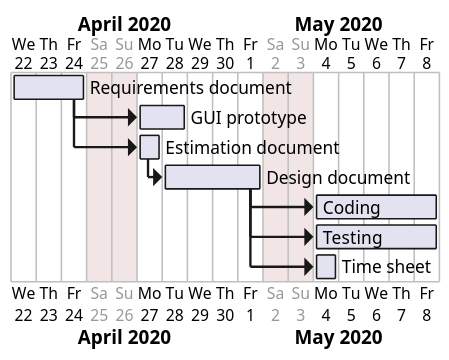
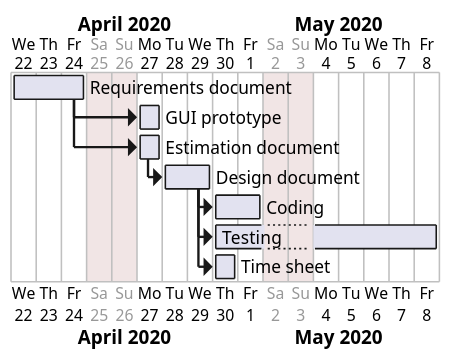
The diagram in docs/Estimation.md (SE2-group4/SE1-project), drawn with PlantUML before and after one commit. The commit also changed other lines of this file, not shown here.

````diff
--- a/docs/Estimation.md
+++ b/docs/Estimation.md
@@ -51,28 +51,27 @@
 ```plantuml
 @startgantt
 scale 1.5
 
 Project starts the 2020/04/22
 
 saturday are closed
 sunday are closed
 2020/04/13 is closed
 
 [Requirements document] lasts 3 days
-[GUI prototype] lasts 2 days
+[GUI prototype] lasts 1 days
 [Estimation document] lasts 1 days
-[Design document] lasts 4 days
-[Coding] lasts 5 days
-[Testing] lasts 5 days
+[Design document] lasts 2 days
+[Coding] lasts 2 days
+[Testing] lasts 7 days
 [Time sheet] lasts 1 days
-
 
 [GUI prototype] starts at [Requirements document]'s end
 [Estimation document] starts at [Requirements document]'s end
 [Design document] starts at [Estimation document]'s end
 [Coding] starts at [Design document]'s end
 [Testing] starts at [Design document]'s end
 [Time sheet] starts at [Design document]'s end
 
 @endgantt
 ```
````
